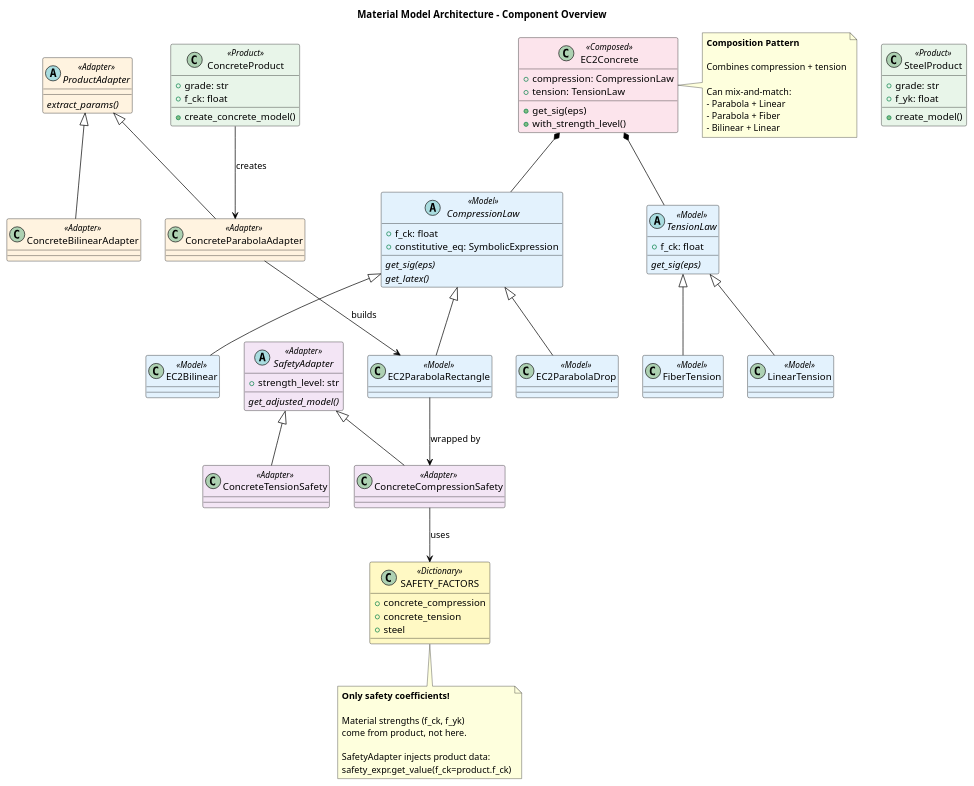
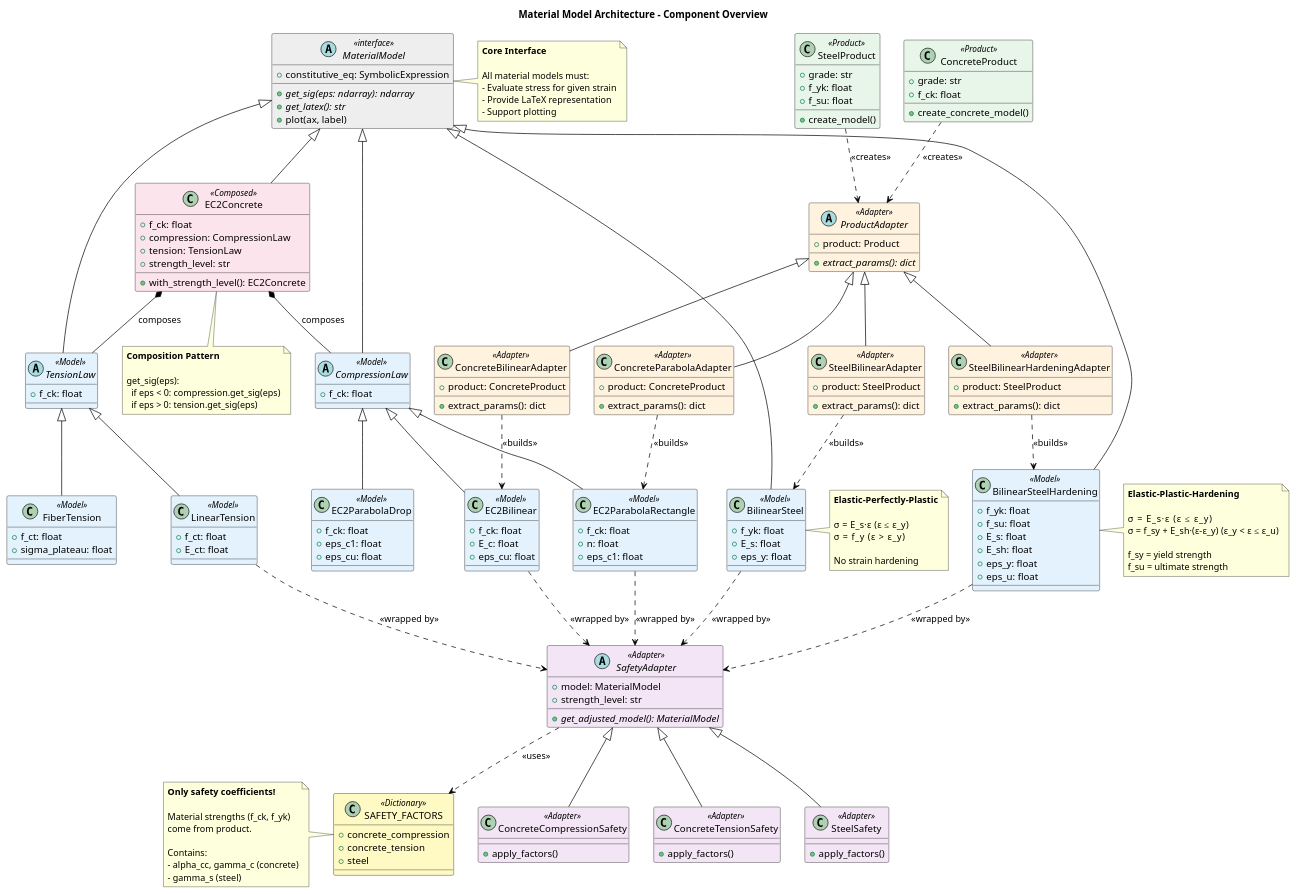
One commit to bmcs-group/bmcs_cross_section changed the diagram in dev_docs/material_architecture.puml. Above: the diagram before and after it, drawn with PlantUML. The commit also changed 1 other file, not shown here.

Commit message:
Refine material architecture diagram: add base interface and steel models
Improvements:
1. Add MaterialModel base interface
   - Defines core get_sig(eps) contract
   - All material models inherit from this

2. Add steel material models for generality
   - BilinearSteel: elastic-perfectly-plastic (no hardening)
   - BilinearSteelHardening: elastic-plastic with hardening
   - Shows f_sy (yield) vs f_su (ultimate) distinction

3. Fix adapter associations
   - Products now link to abstract ProductAdapter
   - Concrete adapters shown as subclasses
   - Makes selection pattern clear

4. EC2Concrete inherits from MaterialModel
   - Shows it's a composed material model
   - Also composes CompressionLaw + TensionLaw

Updated diagram size: 213KB (more detailed, still renders fast)

```diff
--- a/dev_docs/material_architecture.puml
+++ b/dev_docs/material_architecture.puml
@@ -8,6 +8,24 @@
 
 title Material Model Architecture - Component Overview
 
+' ===== Base Material Model Interface =====
+abstract class MaterialModel <<interface>> #EEEEEE {
+    + constitutive_eq: SymbolicExpression
+    {abstract} + get_sig(eps: ndarray): ndarray
+    {abstract} + get_latex(): str
+    + plot(ax, label)
+}
+
+note right of MaterialModel
+  <b>Core Interface</b>
+  
+  All material models must:
+  - Evaluate stress for given strain
+  - Provide LaTeX representation
+  - Support plotting
+end note
+
+' ===== Products =====
 class ConcreteProduct <<Product>> #E8F5E9 {
     + grade: str
     + f_ck: float
@@ -17,93 +35,203 @@
 class SteelProduct <<Product>> #E8F5E9 {
     + grade: str
     + f_yk: float
+    + f_su: float
     + create_model()
 }
 
-abstract ProductAdapter <<Adapter>> #FFF3E0 {
-    {abstract} extract_params()
+' ===== Product Adapters =====
+abstract class ProductAdapter <<Adapter>> #FFF3E0 {
+    + product: Product
+    {abstract} + extract_params(): dict
 }
 
-class ConcreteParabolaAdapter <<Adapter>> #FFF3E0
-class ConcreteBilinearAdapter <<Adapter>> #FFF3E0
-
-abstract CompressionLaw <<Model>> #E3F2FD {
-    + f_ck: float
-    + constitutive_eq: SymbolicExpression
-    {abstract} get_sig(eps)
-    {abstract} get_latex()
+class ConcreteParabolaAdapter <<Adapter>> #FFF3E0 {
+    + product: ConcreteProduct
+    + extract_params(): dict
 }
 
-class EC2ParabolaRectangle <<Model>> #E3F2FD
-class EC2Bilinear <<Model>> #E3F2FD
-class EC2ParabolaDrop <<Model>> #E3F2FD
-
-abstract TensionLaw <<Model>> #E3F2FD {
-    + f_ck: float
-    {abstract} get_sig(eps)
+class ConcreteBilinearAdapter <<Adapter>> #FFF3E0 {
+    + product: ConcreteProduct
+    + extract_params(): dict
 }
 
-class LinearTension <<Model>> #E3F2FD
-class FiberTension <<Model>> #E3F2FD
-
-abstract SafetyAdapter <<Adapter>> #F3E5F5 {
-    + strength_level: str
-    {abstract} get_adjusted_model()
+class SteelBilinearAdapter <<Adapter>> #FFF3E0 {
+    + product: SteelProduct
+    + extract_params(): dict
 }
 
-class ConcreteCompressionSafety <<Adapter>> #F3E5F5
-class ConcreteTensionSafety <<Adapter>> #F3E5F5
+class SteelBilinearHardeningAdapter <<Adapter>> #FFF3E0 {
+    + product: SteelProduct
+    + extract_params(): dict
+}
 
+' ===== Concrete Material Models =====
+abstract class CompressionLaw <<Model>> #E3F2FD {
+    + f_ck: float
+}
+
+class EC2ParabolaRectangle <<Model>> #E3F2FD {
+    + f_ck: float
+    + n: float
+    + eps_c1: float
+}
+
+class EC2Bilinear <<Model>> #E3F2FD {
+    + f_ck: float
+    + E_c: float
+    + eps_cu: float
+}
+
+class EC2ParabolaDrop <<Model>> #E3F2FD {
+    + f_ck: float
+    + eps_c1: float
+    + eps_cu: float
+}
+
+abstract class TensionLaw <<Model>> #E3F2FD {
+    + f_ck: float
+}
+
+class LinearTension <<Model>> #E3F2FD {
+    + f_ct: float
+    + E_ct: float
+}
+
+class FiberTension <<Model>> #E3F2FD {
+    + f_ct: float
+    + sigma_plateau: float
+}
+
+' ===== Steel Material Models =====
+class BilinearSteel <<Model>> #E3F2FD {
+    + f_yk: float
+    + E_s: float
+    + eps_y: float
+}
+
+note right of BilinearSteel
+  <b>Elastic-Perfectly-Plastic</b>
+  
+  σ = E_s·ε  (ε ≤ ε_y)
+  σ = f_y     (ε > ε_y)
+  
+  No strain hardening
+end note
+
+class BilinearSteelHardening <<Model>> #E3F2FD {
+    + f_yk: float
+    + f_su: float
+    + E_s: float
+    + E_sh: float
+    + eps_y: float
+    + eps_u: float
+}
+
+note right of BilinearSteelHardening
+  <b>Elastic-Plastic-Hardening</b>
+  
+  σ = E_s·ε      (ε ≤ ε_y)
+  σ = f_sy + E_sh·(ε-ε_y)  (ε_y < ε ≤ ε_u)
+  
+  f_sy = yield strength
+  f_su = ultimate strength
+end note
+
+' ===== Safety Adapters =====
+abstract class SafetyAdapter <<Adapter>> #F3E5F5 {
+    + model: MaterialModel
+    + strength_level: str
+    {abstract} + get_adjusted_model(): MaterialModel
+}
+
+class ConcreteCompressionSafety <<Adapter>> #F3E5F5 {
+    + apply_factors()
+}
+
+class ConcreteTensionSafety <<Adapter>> #F3E5F5 {
+    + apply_factors()
+}
+
+class SteelSafety <<Adapter>> #F3E5F5 {
+    + apply_factors()
+}
+
+' ===== Safety Factors Dictionary =====
 class SAFETY_FACTORS <<Dictionary>> #FFF9C4 {
     + concrete_compression
     + concrete_tension
     + steel
 }
 
+note left of SAFETY_FACTORS
+  <b>Only safety coefficients!</b>
+  
+  Material strengths (f_ck, f_yk)
+  come from product.
+  
+  Contains:
+  - alpha_cc, gamma_c (concrete)
+  - gamma_s (steel)
+end note
+
+' ===== Composed Models =====
 class EC2Concrete <<Composed>> #FCE4EC {
+    + f_ck: float
     + compression: CompressionLaw
     + tension: TensionLaw
-    + get_sig(eps)
-    + with_strength_level()
+    + strength_level: str
+    + with_strength_level(): EC2Concrete
 }
 
-' Key relationships
-ConcreteProduct --> ConcreteParabolaAdapter : creates
-ConcreteParabolaAdapter --> EC2ParabolaRectangle : builds
-EC2ParabolaRectangle --> ConcreteCompressionSafety : wrapped by
-ConcreteCompressionSafety --> SAFETY_FACTORS : uses
-EC2Concrete *-- CompressionLaw
-EC2Concrete *-- TensionLaw
+note bottom of EC2Concrete
+  <b>Composition Pattern</b>
+  
+  get_sig(eps):
+    if eps < 0: compression.get_sig(eps)
+    if eps > 0: tension.get_sig(eps)
+end note
+
+' ===== Inheritance Relationships =====
+MaterialModel <|-- CompressionLaw
+MaterialModel <|-- TensionLaw
+MaterialModel <|-- BilinearSteel
+MaterialModel <|-- BilinearSteelHardening
+MaterialModel <|-- EC2Concrete
+
+CompressionLaw <|-- EC2ParabolaRectangle
+CompressionLaw <|-- EC2Bilinear
+CompressionLaw <|-- EC2ParabolaDrop
+
+TensionLaw <|-- LinearTension
+TensionLaw <|-- FiberTension
 
 ProductAdapter <|-- ConcreteParabolaAdapter
 ProductAdapter <|-- ConcreteBilinearAdapter
-CompressionLaw <|-- EC2ParabolaRectangle
-CompressionLaw <|-- EC2Bilinear
-CompressionLaw <|-- EC2ParabolaDrop
-TensionLaw <|-- LinearTension
-TensionLaw <|-- FiberTension
+ProductAdapter <|-- SteelBilinearAdapter
+ProductAdapter <|-- SteelBilinearHardeningAdapter
+
 SafetyAdapter <|-- ConcreteCompressionSafety
 SafetyAdapter <|-- ConcreteTensionSafety
+SafetyAdapter <|-- SteelSafety
 
-note bottom of SAFETY_FACTORS
-  <b>Only safety coefficients!</b>
-  
-  Material strengths (f_ck, f_yk)
-  come from product, not here.
-  
-  SafetyAdapter injects product data:
-  safety_expr.get_value(f_ck=product.f_ck)
-end note
+' ===== Association Relationships =====
+ConcreteProduct ..> ProductAdapter : <<creates>>
+SteelProduct ..> ProductAdapter : <<creates>>
 
-note right of EC2Concrete
-  <b>Composition Pattern</b>
-  
-  Combines compression + tension
-  
-  Can mix-and-match:
-  - Parabola + Linear
-  - Parabola + Fiber
-  - Bilinear + Linear
-end note
+ConcreteParabolaAdapter ..> EC2ParabolaRectangle : <<builds>>
+ConcreteBilinearAdapter ..> EC2Bilinear : <<builds>>
+SteelBilinearAdapter ..> BilinearSteel : <<builds>>
+SteelBilinearHardeningAdapter ..> BilinearSteelHardening : <<builds>>
+
+EC2ParabolaRectangle ..> SafetyAdapter : <<wrapped by>>
+EC2Bilinear ..> SafetyAdapter : <<wrapped by>>
+LinearTension ..> SafetyAdapter : <<wrapped by>>
+BilinearSteel ..> SafetyAdapter : <<wrapped by>>
+BilinearSteelHardening ..> SafetyAdapter : <<wrapped by>>
+
+SafetyAdapter ..> SAFETY_FACTORS : <<uses>>
+
+EC2Concrete *-- CompressionLaw : composes
+EC2Concrete *-- TensionLaw : composes
 
 @enduml
```
